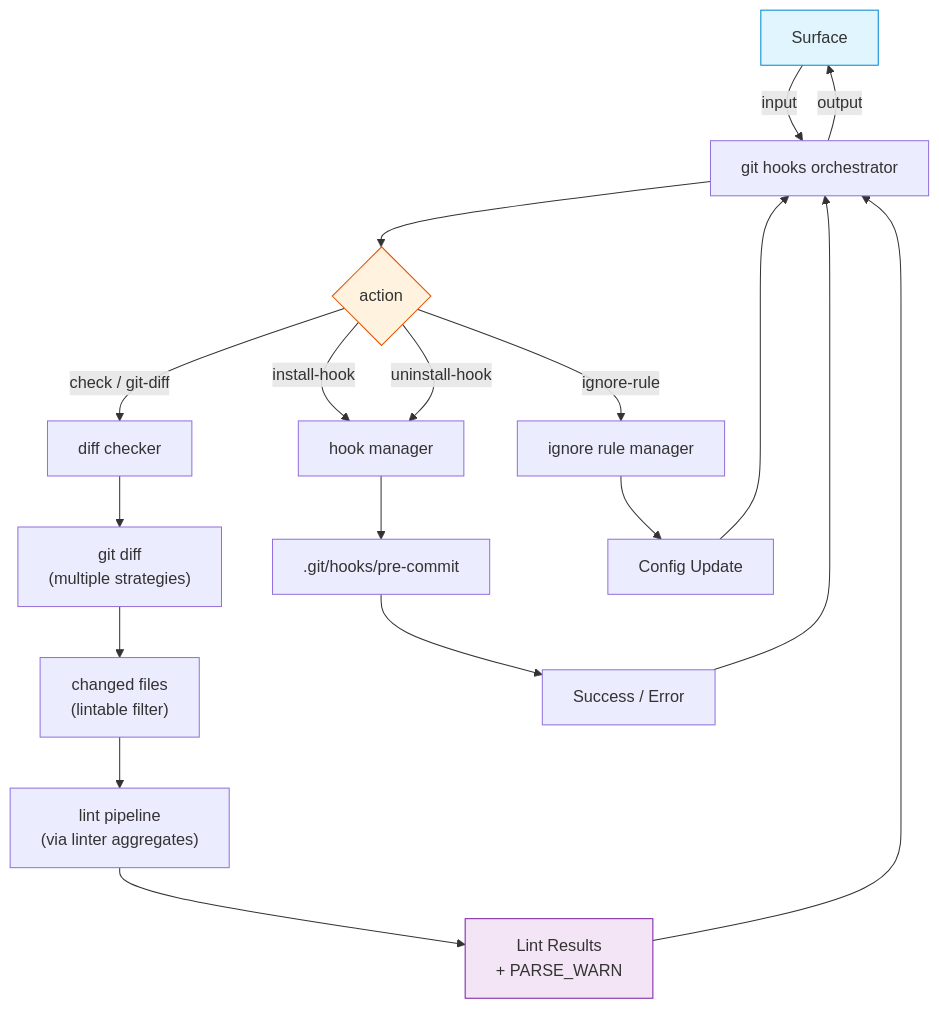
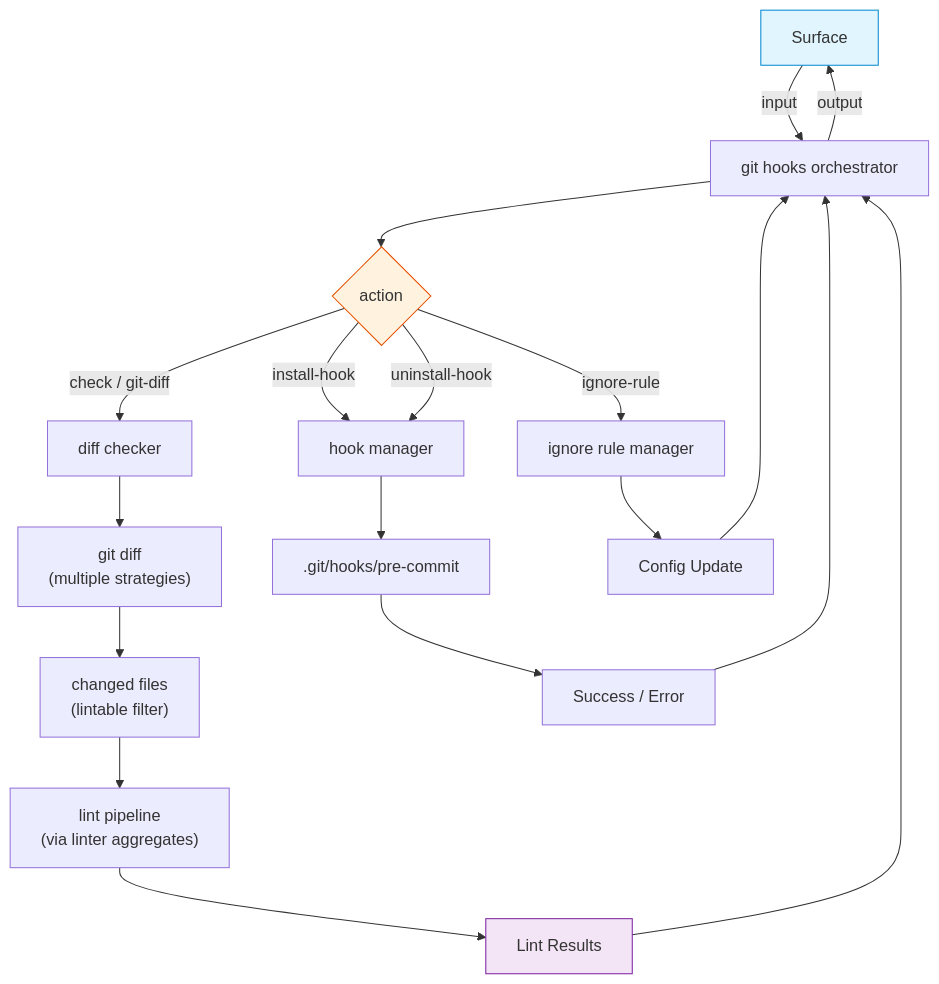
Before and after one commit to rakaarwaky/lint-arwaky: the diagram in crates/git-hooks/FRD.md, drawn with Mermaid. The commit also changed other lines of this file and 9 other files, not shown here.

````diff
--- a/crates/git-hooks/FRD.md
+++ b/crates/git-hooks/FRD.md
@@ -20,28 +20,28 @@
 ```mermaid
 flowchart TD
     A["Surface"] -->|input| B["git hooks orchestrator"]
     B --> C{"action"}
 
     C -->|"check / git-diff"| D["diff checker"]
     C -->|"install-hook"| E["hook manager"]
     C -->|"uninstall-hook"| E
     C -->|"ignore-rule"| F["ignore rule manager"]
 
     D --> G["git diff\n(multiple strategies)"]
     G --> H["changed files\n(lintable filter)"]
     H --> I["lint pipeline\n(via linter aggregates)"]
-    I --> J["Lint Results\n+ PARSE_WARN"]
+    I --> J["Lint Results"]
 
     E --> K[".git/hooks/pre-commit"]
     K --> L["Success / Error"]
     F --> M["Config Update"]
 
     J --> B
     L --> B
     M --> B
     B -->|output| A
 
     style A fill:#e1f5fe,stroke:#0288d1
     style C fill:#fff3e0,stroke:#e65100
     style J fill:#f3e5f5,stroke:#7b1fa2
 ```
````
